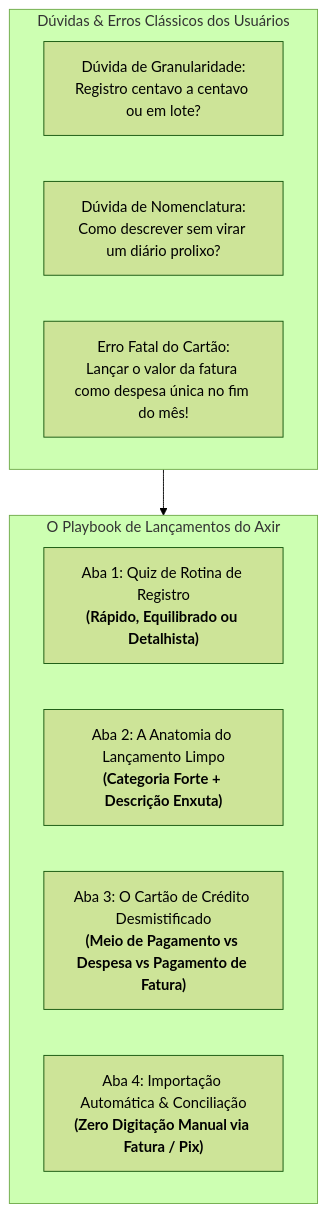
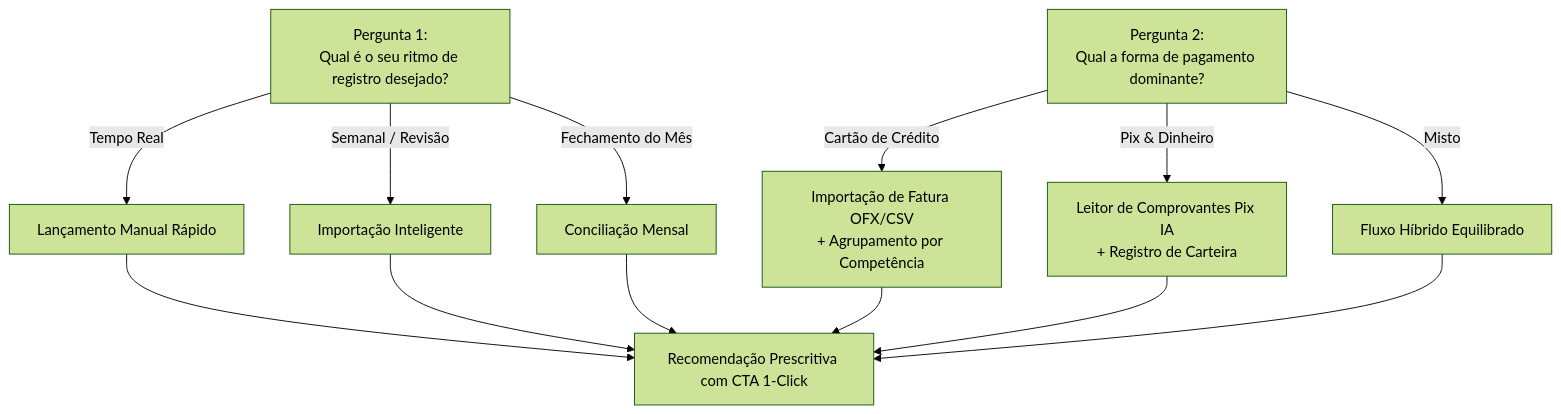
Before and after one commit to gabri3lsal3s/financasNew: the second of 3 diagrams in docs/plans/PLANO_AUDITORIA_LARGURA_BOTOES_E_SISTEMA_PLAYBOOKS_EDUCATIVOS.md, drawn with Mermaid (forest theme). The commit also changed other lines of this file, not shown here.

````diff
--- a/docs/plans/PLANO_AUDITORIA_LARGURA_BOTOES_E_SISTEMA_PLAYBOOKS_EDUCATIVOS.md
+++ b/docs/plans/PLANO_AUDITORIA_LARGURA_BOTOES_E_SISTEMA_PLAYBOOKS_EDUCATIVOS.md
@@ -58,17 +255,12 @@
 ```mermaid
 flowchart TD
-    subgraph Dores["Dúvidas & Erros Clássicos dos Usuários"]
-        D1["Dúvida de Granularidade:<br/>Registro centavo a centavo ou em lote?"]
-        D2["Dúvida de Nomenclatura:<br/>Como descrever sem virar um diário prolixo?"]
-        D3["Erro Fatal do Cartão:<br/>Lançar o valor da fatura como despesa única no fim do mês!"]
-    end
+    Q1["Pergunta 1:<br/>Qual é o seu ritmo de registro desejado?"] -->|Tempo Real| R1["Lançamento Manual Rápido"]
+    Q1 -->|Semanal / Revisão| R2["Importação Inteligente"]
+    Q1 -->|Fechamento do Mês| R3["Conciliação Mensal"]
 
-    subgraph Playbook["O Playbook de Lançamentos do Axir"]
-        P1["Aba 1: Quiz de Rotina de Registro<br/><b>(Rápido, Equilibrado ou Detalhista)</b>"]
-        P2["Aba 2: A Anatomia do Lançamento Limpo<br/><b>(Categoria Forte + Descrição Enxuta)</b>"]
-        P3["Aba 3: O Cartão de Crédito Desmistificado<br/><b>(Meio de Pagamento vs Despesa vs Pagamento de Fatura)</b>"]
-        P4["Aba 4: Importação Automática & Conciliação<br/><b>(Zero Digitação Manual via Fatura / Pix)</b>"]
-    end
+    Q2["Pergunta 2:<br/>Qual a forma de pagamento dominante?"] -->|Cartão de Crédito| S1["Importação de Fatura OFX/CSV<br/>+ Agrupamento por Competência"]
+    Q2 -->|Pix & Dinheiro| S2["Leitor de Comprovantes Pix IA<br/>+ Registro de Carteira"]
+    Q2 -->|Misto| S3["Fluxo Híbrido Equilibrado"]
 
-    Dores --> Playbook
+    R1 & R2 & R3 & S1 & S2 & S3 --> REC["Recomendação Prescritiva com CTA 1-Click"]
 ```
````
